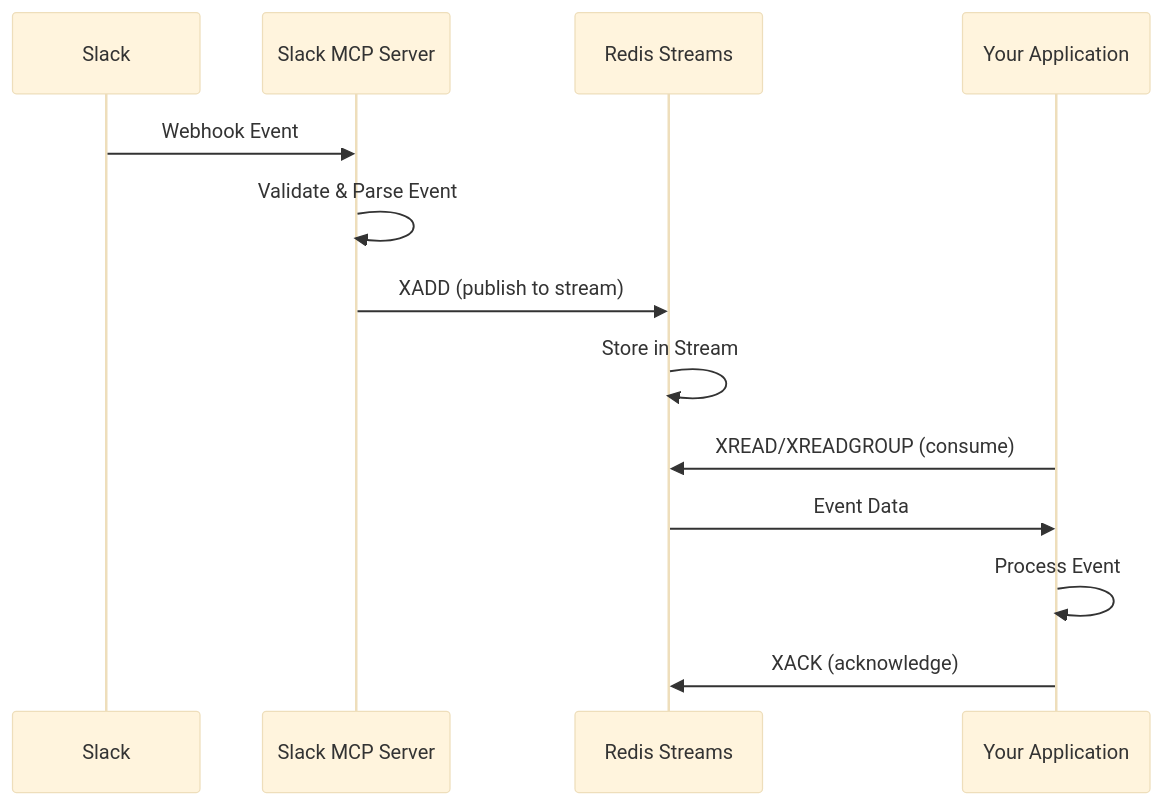
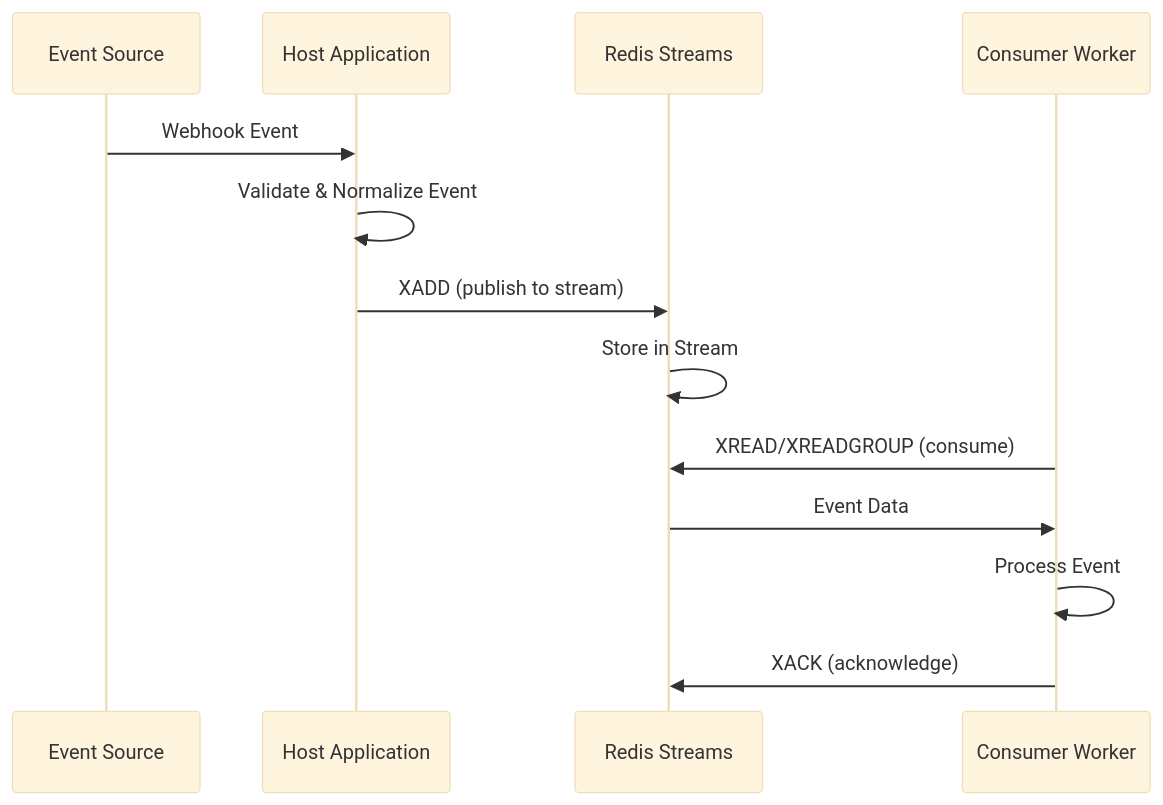
Before and after one commit to Chisanan232/abe-redis: the diagram in docs/contents/document/introduction.mdx, drawn with Mermaid (base theme). The commit also changed other lines of this file and 67 other files, not shown here.

````diff
--- a/docs/contents/document/introduction.mdx
+++ b/docs/contents/document/introduction.mdx
@@ -30,16 +30,16 @@
 ```mermaid
 sequenceDiagram
-    participant S as Slack
-    participant MCP as Slack MCP Server
+    participant Source as Event Source
+    participant App as Host Application
     participant Redis as Redis Streams
-    participant App as Your Application
-    
-    S->>MCP: Webhook Event
-    MCP->>MCP: Validate & Parse Event
-    MCP->>Redis: XADD (publish to stream)
+    participant Worker as Consumer Worker
+
+    Source->>App: Webhook Event
+    App->>App: Validate & Normalize Event
+    App->>Redis: XADD (publish to stream)
     Redis->>Redis: Store in Stream
-    App->>Redis: XREAD/XREADGROUP (consume)
-    Redis->>App: Event Data
-    App->>App: Process Event
-    App->>Redis: XACK (acknowledge)
+    Worker->>Redis: XREAD/XREADGROUP (consume)
+    Redis->>Worker: Event Data
+    Worker->>Worker: Process Event
+    Worker->>Redis: XACK (acknowledge)
 ```
````
